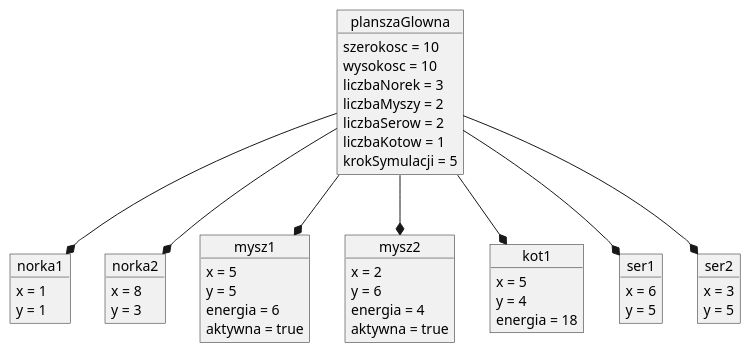
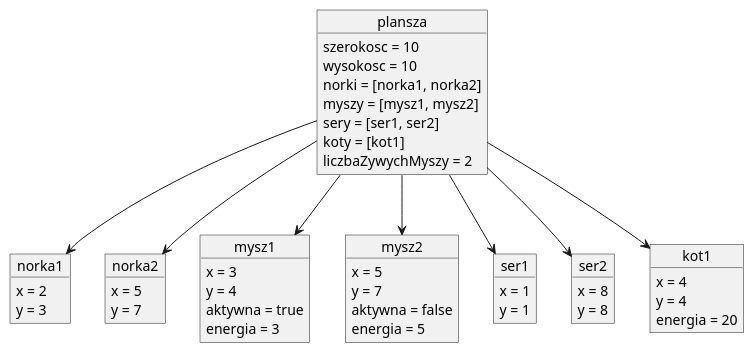
Before and after one commit to rochmir/symulacja_agentowa1: the diagram in diagram_obiektow.puml, drawn with PlantUML. The commit also changed 4 other files, not shown here.

```diff
--- a/diagram_obiektow.puml
+++ b/diagram_obiektow.puml
@@ -1,59 +1,61 @@
 @startuml
-object planszaGlowna{
+
+object plansza {
   szerokosc = 10
   wysokosc = 10
-  liczbaNorek = 3
-  liczbaMyszy = 2
-  liczbaSerow = 2
-  liczbaKotow = 1
-  krokSymulacji = 5
+  norki = [norka1, norka2]
+  myszy = [mysz1, mysz2]
+  sery = [ser1, ser2]
+  koty = [kot1]
+  liczbaZywychMyszy = 2
 }
 
-object norka1{
+object norka1 {
+  x = 2
+  y = 3
+}
+
+object norka2 {
+  x = 5
+  y = 7
+}
+
+object mysz1 {
+  x = 3
+  y = 4
+  aktywna = true
+  energia = 3
+}
+
+object mysz2 {
+  x = 5
+  y = 7
+  aktywna = false
+  energia = 5
+}
+
+object ser1 {
   x = 1
   y = 1
 }
 
-object norka2{
+object ser2 {
   x = 8
-  y = 3
+  y = 8
 }
 
-
-object mysz1{
-  x = 5
-  y = 5
-  energia = 6
-  aktywna = true
+object kot1 {
+  x = 4
+  y = 4
+  energia = 20
 }
 
-object mysz2{
-  x = 2
-  y = 6
-  energia = 4
-  aktywna = true
-}
+plansza --> norka1
+plansza --> norka2
+plansza --> mysz1
+plansza --> mysz2
+plansza --> ser1
+plansza --> ser2
+plansza --> kot1
 
-object kot1{
-  x = 5
-  y = 4
-  energia = 18
-}
-
-object ser1{
-  x = 6
-  y = 5
-}
-object ser2{
-  x = 3
-  y = 5
-}
-
-planszaGlowna --* norka1
-planszaGlowna --* norka2
-planszaGlowna --* mysz1
-planszaGlowna --* mysz2
-planszaGlowna --* kot1
-planszaGlowna --* ser1
-planszaGlowna --* ser2
 @enduml
```
